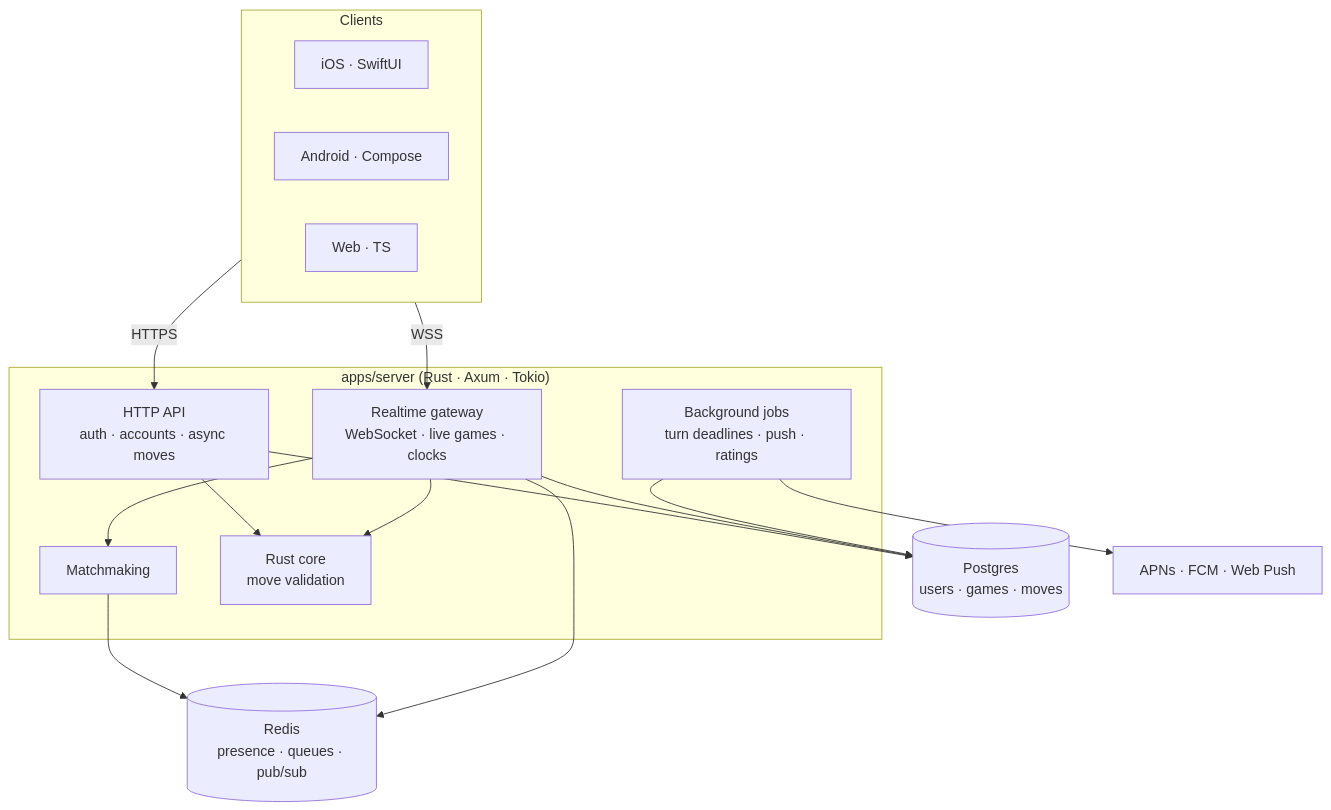
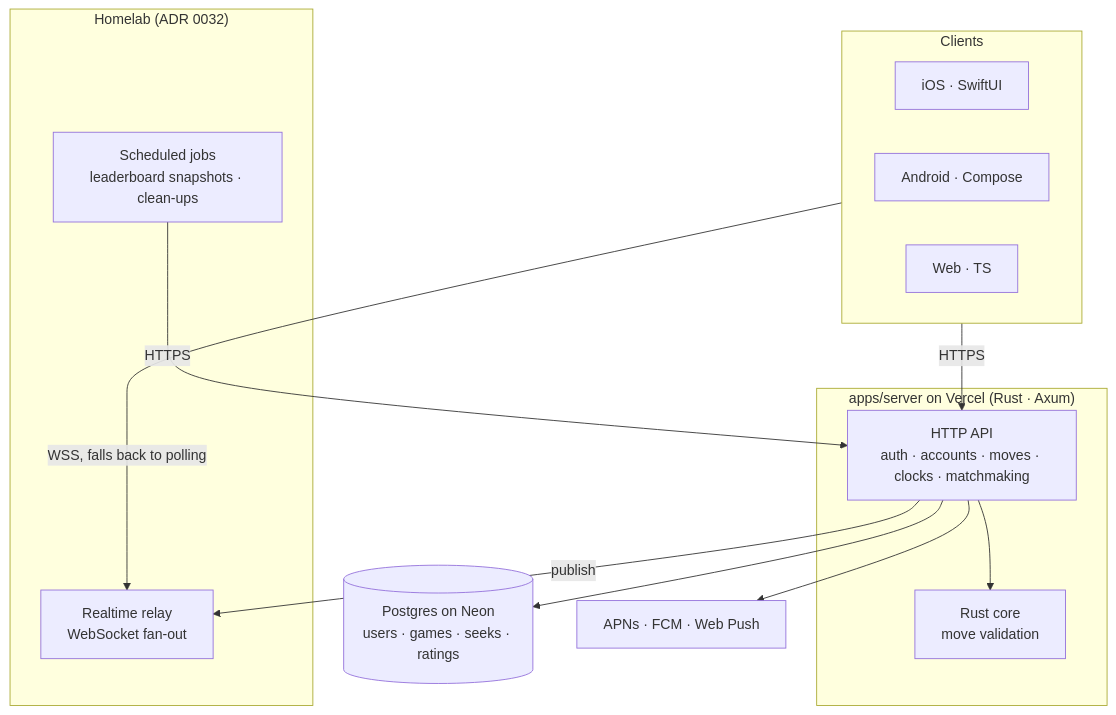
One commit to Alfredo-Moreira/Ouril changed the third of 3 diagrams in docs/architecture/overview.md. Above: the diagram before and after it, drawn with Mermaid. The commit also changed other lines of this file and 15 other files, not shown here.

First line of the commit message:
docs(adr): homelab services, live games over HTTP with a relay, ratings in Postgres (#20)

````diff
--- a/docs/architecture/overview.md
+++ b/docs/architecture/overview.md
@@ -64,32 +64,29 @@
 ```mermaid
 flowchart TB
   subgraph Clients
     IOS[iOS · SwiftUI]
     AND[Android · Compose]
     WEB[Web · TS]
   end
 
-  subgraph Server["apps/server (Rust · Axum · Tokio)"]
-    API[HTTP API<br/>auth · accounts · async moves]
-    RT[Realtime gateway<br/>WebSocket · live games · clocks]
-    MM[Matchmaking]
+  subgraph Server["apps/server on Vercel (Rust · Axum)"]
+    API[HTTP API<br/>auth · accounts · moves · clocks · matchmaking]
     CORE2[Rust core<br/>move validation]
-    JOBS[Background jobs<br/>turn deadlines · push · ratings]
   end
 
-  PG[(Postgres<br/>users · games · moves)]
-  RD[(Redis<br/>presence · queues · pub/sub)]
+  subgraph Homelab["Homelab (ADR 0032)"]
+    RELAY[Realtime relay<br/>WebSocket fan-out]
+    JOBS[Scheduled jobs<br/>leaderboard snapshots · clean-ups]
+  end
+
+  PG[(Postgres on Neon<br/>users · games · seeks · ratings)]
   PUSH[APNs · FCM · Web Push]
 
   Clients -- HTTPS --> API
-  Clients -- WSS --> RT
+  Clients -- WSS, falls back to polling --> RELAY
   API --> CORE2
-  RT --> CORE2
-  RT --> MM
   API --> PG
-  RT --> PG
-  MM --> RD
-  RT --> RD
-  JOBS --> PG
-  JOBS --> PUSH
+  API -- publish --> RELAY
+  JOBS -- HTTPS --> API
+  API --> PUSH
 ```
````
